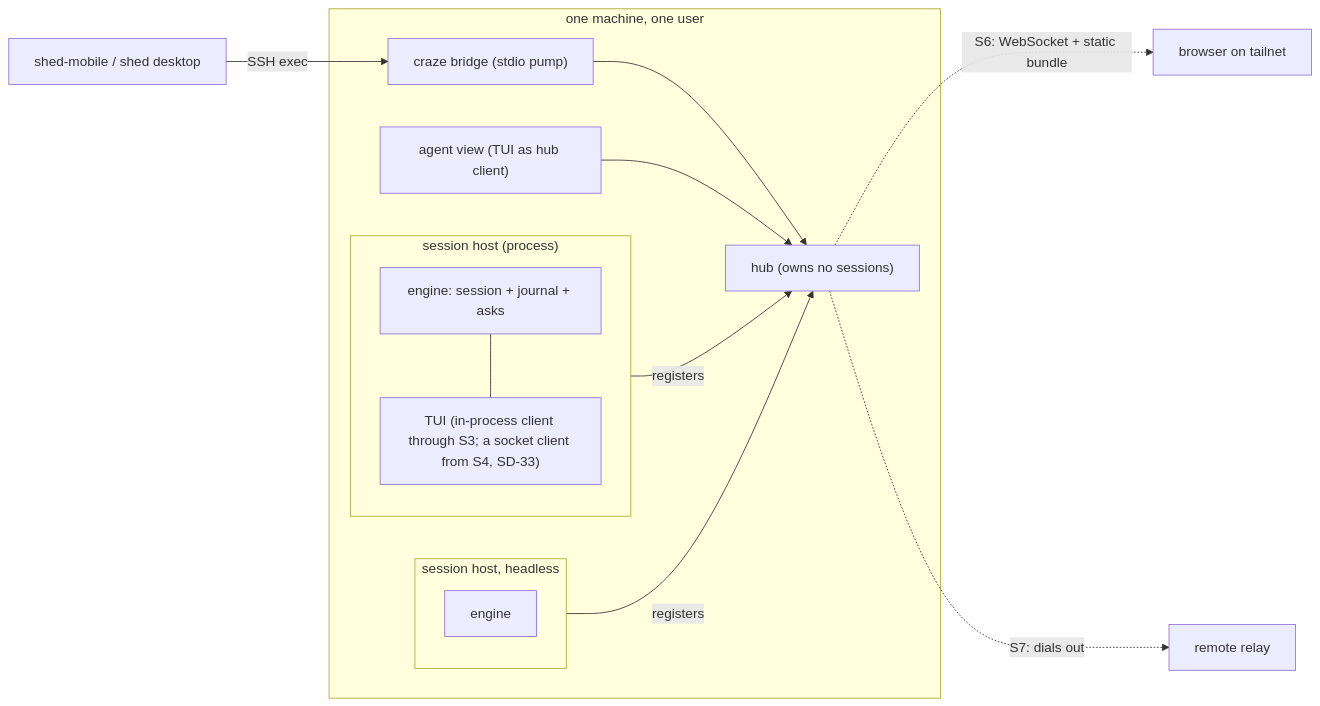
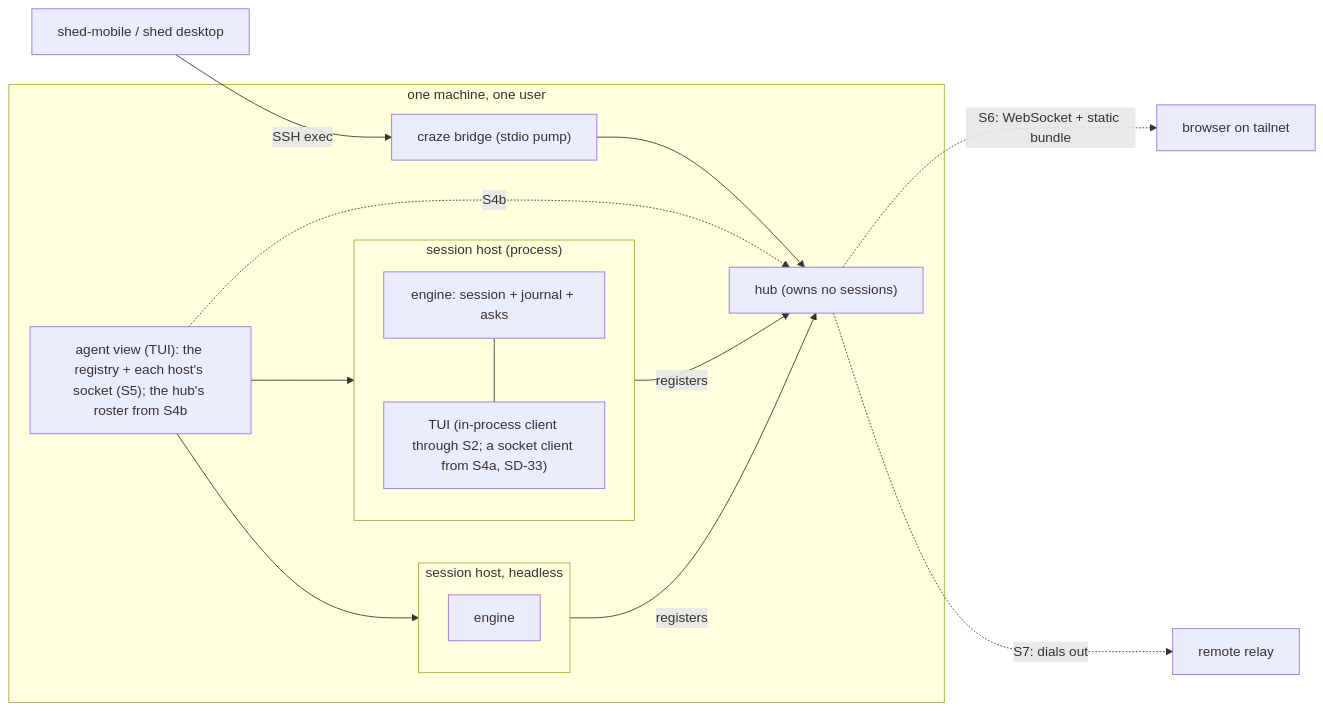
Before and after one commit to charliek/craze: the diagram in discovery/session-control/02-architecture.md, drawn with Mermaid. The commit also changed other lines of this file and 10 other files, not shown here.

First line of the commit message:
docs(session-control): reorder the roadmap for S4a + S5 (plan 030 C0)

````diff
--- a/discovery/session-control/02-architecture.md
+++ b/discovery/session-control/02-architecture.md
@@ -5,19 +5,21 @@
 ```mermaid
 flowchart LR
   subgraph machine["one machine, one user"]
     subgraph hostA["session host (process)"]
-      engA["engine: session + journal + asks"] --- tuiA["TUI (in-process client through S3; a socket client from S4, SD-33)"]
+      engA["engine: session + journal + asks"] --- tuiA["TUI (in-process client through S2; a socket client from S4a, SD-33)"]
     end
     subgraph hostB["session host, headless"]
       engB["engine"]
     end
     hub["hub (owns no sessions)"]
     hostA -- "registers" --> hub
     hostB -- "registers" --> hub
     bridge["craze bridge (stdio pump)"] --> hub
-    view["agent view (TUI as hub client)"] --> hub
+    view["agent view (TUI): the registry + each host's socket (S5); the hub's roster from S4b"] --> hostA
+    view --> hostB
+    view -. "S4b" .-> hub
   end
   phone["shed-mobile / shed desktop"] -- "SSH exec" --> bridge
   hub -. "S6: WebSocket + static bundle" .-> web["browser on tailnet"]
   hub -. "S7: dials out" .-> relay["remote relay"]
 ```
````
